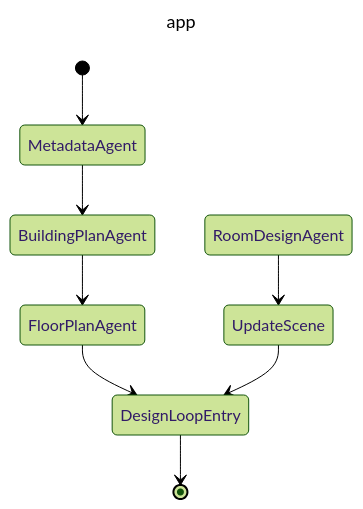
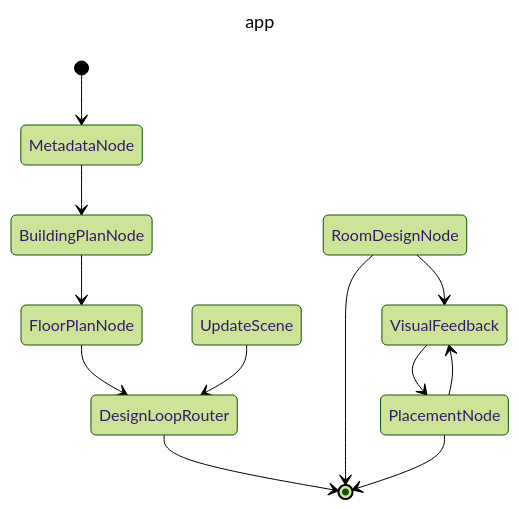
Before and after one commit to SceneBuilder/SceneBuilder: the diagram in assets/main_graph.md, drawn with Mermaid (forest theme). The commit also changed 23 other files, not shown here.

Commit message:
Refactored `*Agent`s → `*Node`s. Modularized out into files.

````diff
--- a/assets/main_graph.md
+++ b/assets/main_graph.md
@@ -1,13 +1,17 @@
 ```mermaid
 ---
 title: app
 ---
 stateDiagram-v2
-  [*] --> MetadataAgent
-  MetadataAgent --> BuildingPlanAgent
-  BuildingPlanAgent --> FloorPlanAgent
-  FloorPlanAgent --> DesignLoopEntry
-  DesignLoopEntry --> [*]
-  RoomDesignAgent --> UpdateScene
-  UpdateScene --> DesignLoopEntry
+  [*] --> MetadataNode
+  MetadataNode --> BuildingPlanNode
+  BuildingPlanNode --> FloorPlanNode
+  FloorPlanNode --> DesignLoopRouter
+  DesignLoopRouter --> [*]
+  RoomDesignNode --> VisualFeedback
+  RoomDesignNode --> [*]
+  UpdateScene --> DesignLoopRouter
+  VisualFeedback --> PlacementNode
+  PlacementNode --> VisualFeedback
+  PlacementNode --> [*]
 ```
````
